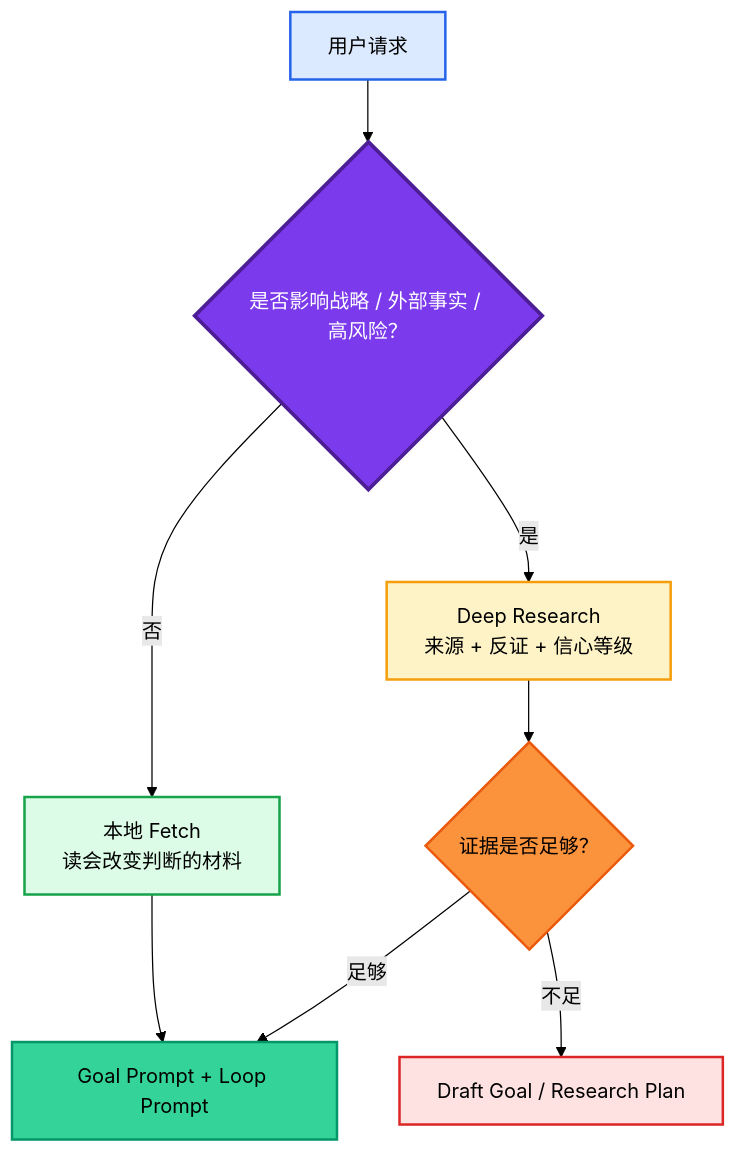
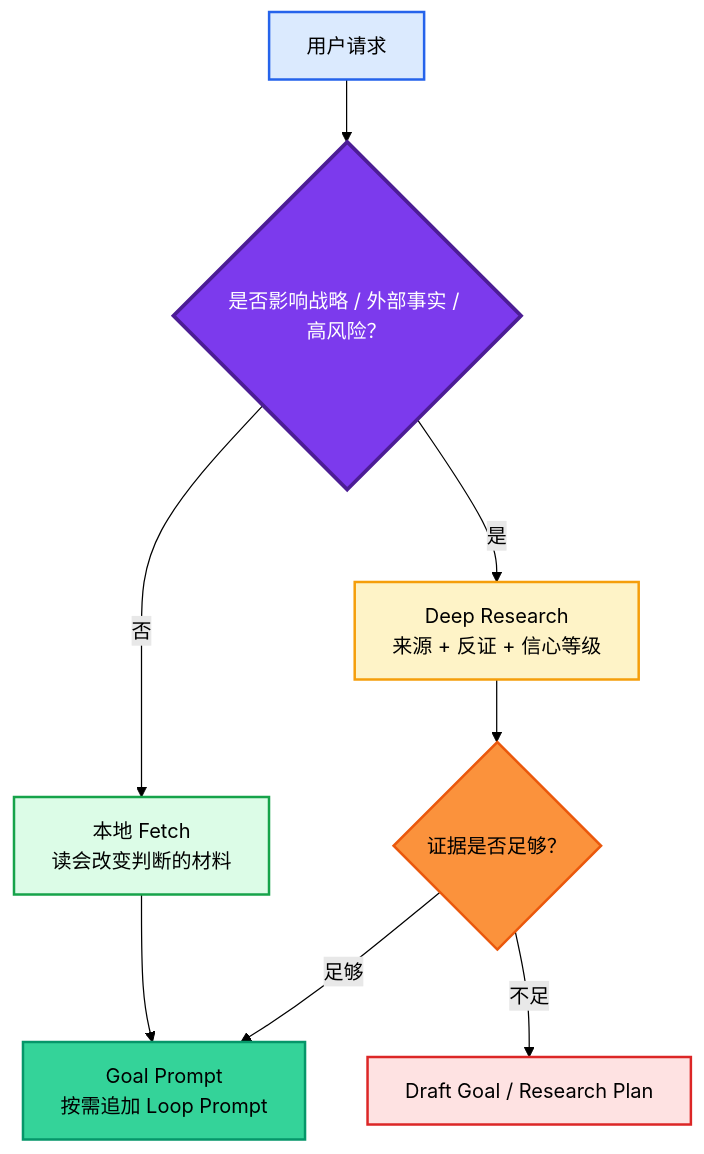
One commit to KimYx0207/Kim_Service changed the second of 3 diagrams in skills/goalpro/README.md. Above: the diagram before and after it, drawn with Mermaid (forest theme). The commit also changed other lines of this file and 10 other files, not shown here.

````diff
--- a/skills/goalpro/README.md
+++ b/skills/goalpro/README.md
@@ -343,18 +364,18 @@
 ```mermaid
 flowchart TD
     A["用户请求"] --> B{"是否影响战略 / 外部事实 / 高风险？"}
     B -->|否| C["本地 Fetch<br/>读会改变判断的材料"]
     B -->|是| D["Deep Research<br/>来源 + 反证 + 信心等级"]
-    C --> E["Goal Prompt + Loop Prompt"]
+    C --> E["Goal Prompt<br/>按需追加 Loop Prompt"]
     D --> F{"证据是否足够？"}
     F -->|足够| E
     F -->|不足| G["Draft Goal / Research Plan"]
 
     style A fill:#dbeafe,stroke:#2563eb,color:#000,stroke-width:2px
     style B fill:#7c3aed,stroke:#4c1d95,color:#fff,stroke-width:3px
     style C fill:#dcfce7,stroke:#16a34a,color:#000,stroke-width:2px
     style D fill:#fef3c7,stroke:#f59e0b,color:#000,stroke-width:2px
     style E fill:#34d399,stroke:#059669,color:#000,stroke-width:2px
     style F fill:#fb923c,stroke:#ea580c,color:#000,stroke-width:2px
     style G fill:#fee2e2,stroke:#dc2626,color:#000,stroke-width:2px
 ```
````
